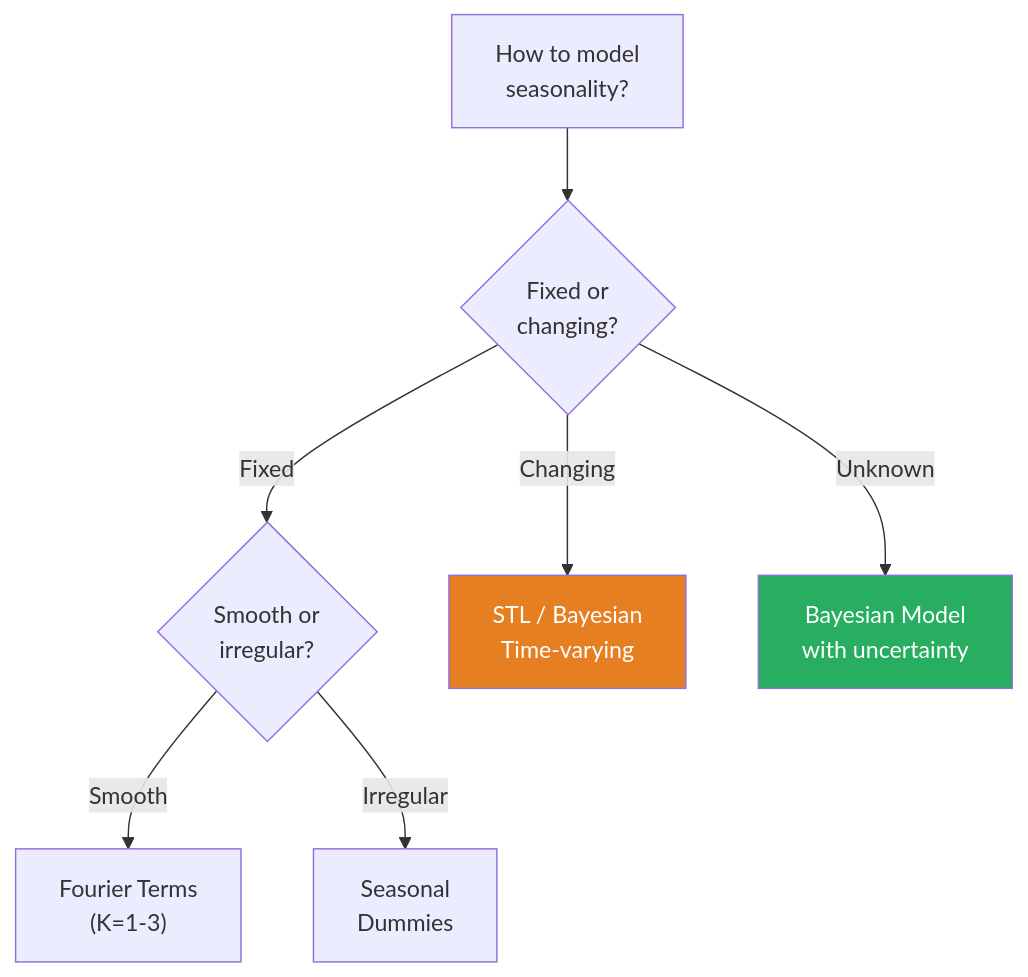
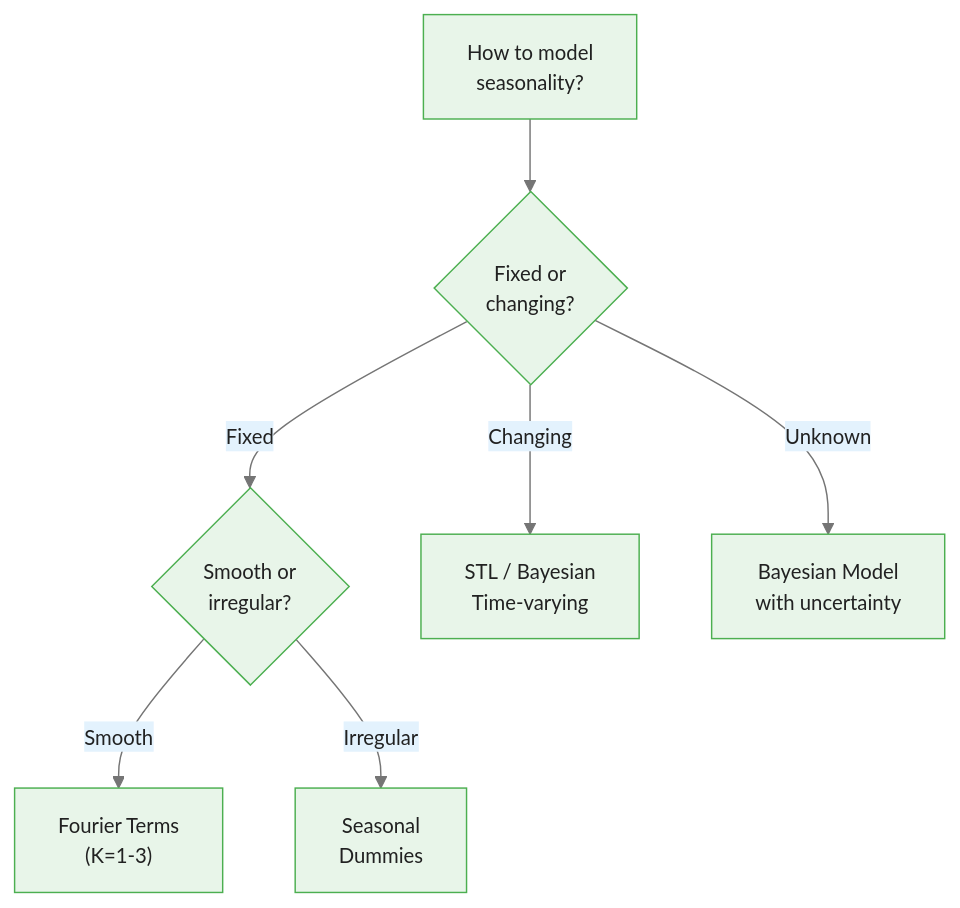
Before and after one commit to m-deane/course-creator: the third of 4 diagrams in courses/bayesian-commodity-forecasting/modules/module_02_commodity_data/guides/02_seasonality_analysis_slides.md, drawn with Mermaid. The commit also changed other lines of this file and 104 other files, not shown here.

````diff
--- a/courses/bayesian-commodity-forecasting/modules/module_02_commodity_data/guides/02_seasonality_analysis_slides.md
+++ b/courses/bayesian-commodity-forecasting/modules/module_02_commodity_data/guides/02_seasonality_analysis_slides.md
@@ -312,11 +326,10 @@
 ```mermaid
+%%{init: {"theme": "base", "themeVariables": {"primaryColor": "#e8f5e9", "primaryBorderColor": "#4caf50", "primaryTextColor": "#212121", "secondaryColor": "#e3f2fd", "tertiaryColor": "#fff8e1", "lineColor": "#757575", "fontFamily": "Inter, sans-serif", "fontSize": "14px"}}}%%
 flowchart TD
     Q["How to model\nseasonality?"] --> Q1{"Fixed or\nchanging?"}
     Q1 -->|"Fixed"| Q2{"Smooth or\nirregular?"}
     Q1 -->|"Changing"| STL["STL / Bayesian\nTime-varying"]
     Q2 -->|"Smooth"| FOU["Fourier Terms\n(K=1-3)"]
     Q2 -->|"Irregular"| DUM["Seasonal\nDummies"]
     Q1 -->|"Unknown"| BAY["Bayesian Model\nwith uncertainty"]
-    style BAY fill:#27ae60,color:#fff
-    style STL fill:#e67e22,color:#fff
 ```
````
